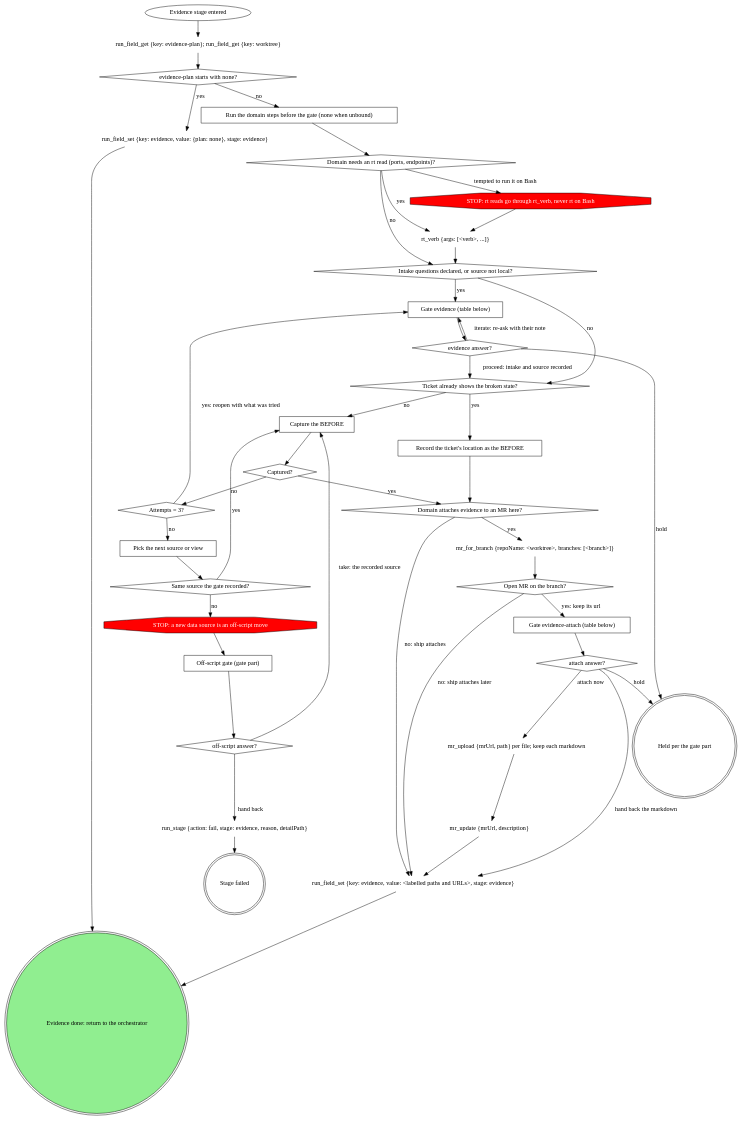
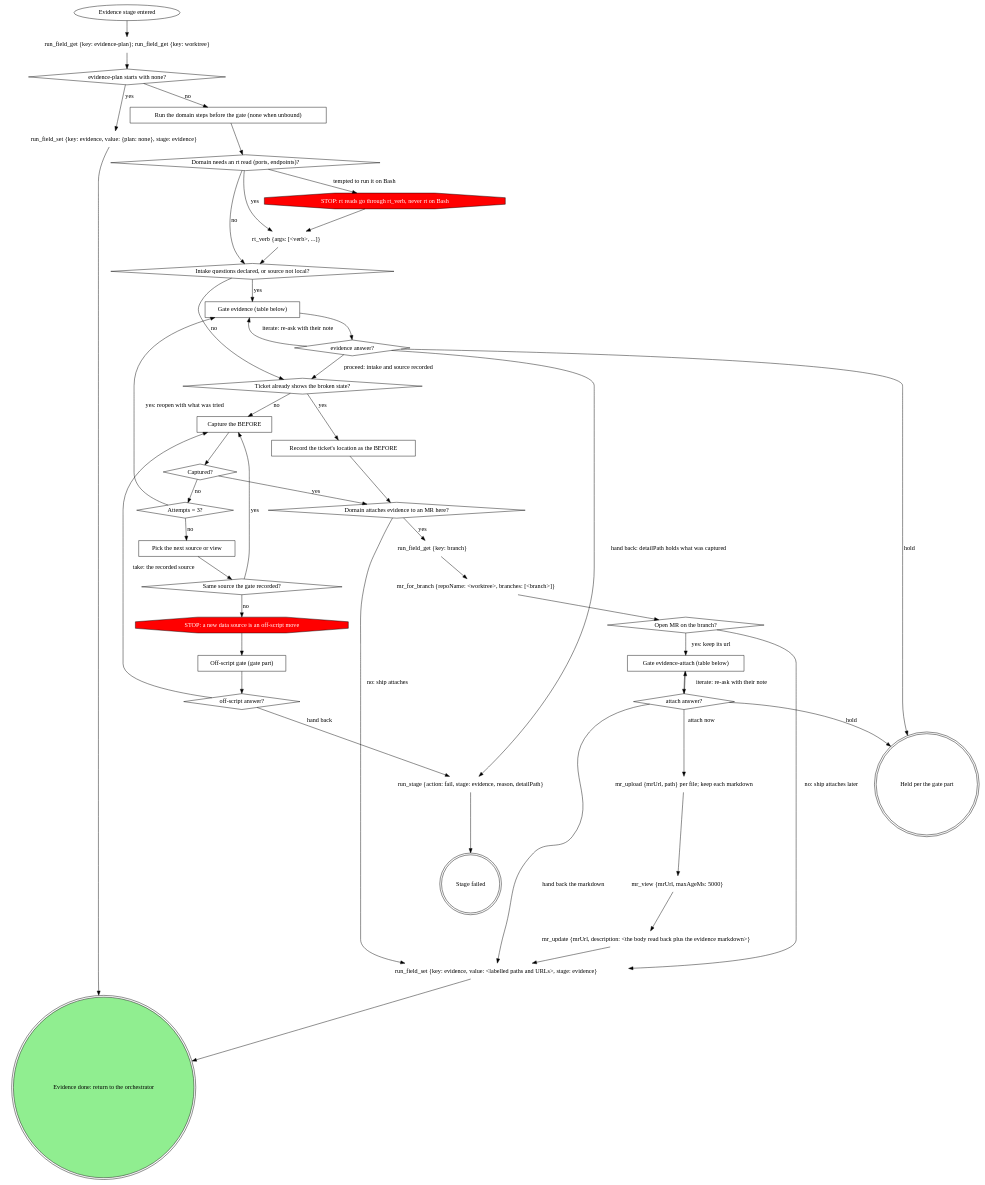
One commit to m4ttstack/skills changed the diagram in attachments/work-next/work-next-evidence/SKILL.md. Above: the diagram before and after it, drawn with Graphviz. The commit also changed other lines of this file, not shown here.

Commit message:
work-next: evidence reads branch and the MR body, and offers Iterate and Hand back

```diff
--- a/attachments/work-next/work-next-evidence/SKILL.md
+++ b/attachments/work-next/work-next-evidence/SKILL.md
@@ -49,12 +49,14 @@
     "Off-script gate (gate part)" [shape=box];
     "off-script answer?" [shape=diamond];
     "Domain attaches evidence to an MR here?" [shape=diamond];
+    "run_field_get {key: branch}" [shape=plaintext];
     "mr_for_branch {repoName: <worktree>, branches: [<branch>]}" [shape=plaintext];
     "Open MR on the branch?" [shape=diamond];
     "Gate evidence-attach (table below)" [shape=box];
     "attach answer?" [shape=diamond];
     "mr_upload {mrUrl, path} per file; keep each markdown" [shape=plaintext];
-    "mr_update {mrUrl, description}" [shape=plaintext];
+    "mr_view {mrUrl, maxAgeMs: 5000}" [shape=plaintext];
+    "mr_update {mrUrl, description: <the body read back plus the evidence markdown>}" [shape=plaintext];
     "run_field_set {key: evidence, value: <labelled paths and URLs>, stage: evidence}" [shape=plaintext];
     "run_stage {action: fail, stage: evidence, reason, detailPath}" [shape=plaintext];
     "Held per the gate part" [shape=doublecircle];
@@ -78,6 +80,7 @@
     "evidence answer?" -> "Ticket already shows the broken state?" [label="proceed: intake and source recorded"];
     "evidence answer?" -> "Gate evidence (table below)" [label="iterate: re-ask with their note"];
     "evidence answer?" -> "Held per the gate part" [label="hold"];
+    "evidence answer?" -> "run_stage {action: fail, stage: evidence, reason, detailPath}" [label="hand back: detailPath holds what was captured"];
     "Ticket already shows the broken state?" -> "Record the ticket's location as the BEFORE" [label="yes"];
     "Ticket already shows the broken state?" -> "Capture the BEFORE" [label="no"];
     "Record the ticket's location as the BEFORE" -> "Domain attaches evidence to an MR here?";
@@ -93,7 +96,8 @@
     "Off-script gate (gate part)" -> "off-script answer?";
     "off-script answer?" -> "Capture the BEFORE" [label="take: the recorded source"];
     "off-script answer?" -> "run_stage {action: fail, stage: evidence, reason, detailPath}" [label="hand back"];
-    "Domain attaches evidence to an MR here?" -> "mr_for_branch {repoName: <worktree>, branches: [<branch>]}" [label="yes"];
+    "Domain attaches evidence to an MR here?" -> "run_field_get {key: branch}" [label="yes"];
+    "run_field_get {key: branch}" -> "mr_for_branch {repoName: <worktree>, branches: [<branch>]}";
     "Domain attaches evidence to an MR here?" -> "run_field_set {key: evidence, value: <labelled paths and URLs>, stage: evidence}" [label="no: ship attaches"];
     "mr_for_branch {repoName: <worktree>, branches: [<branch>]}" -> "Open MR on the branch?";
     "Open MR on the branch?" -> "Gate evidence-attach (table below)" [label="yes: keep its url"];
@@ -102,8 +106,10 @@
     "attach answer?" -> "mr_upload {mrUrl, path} per file; keep each markdown" [label="attach now"];
     "attach answer?" -> "run_field_set {key: evidence, value: <labelled paths and URLs>, stage: evidence}" [label="hand back the markdown"];
     "attach answer?" -> "Held per the gate part" [label="hold"];
-    "mr_upload {mrUrl, path} per file; keep each markdown" -> "mr_update {mrUrl, description}";
-    "mr_update {mrUrl, description}" -> "run_field_set {key: evidence, value: <labelled paths and URLs>, stage: evidence}";
+    "attach answer?" -> "Gate evidence-attach (table below)" [label="iterate: re-ask with their note"];
+    "mr_upload {mrUrl, path} per file; keep each markdown" -> "mr_view {mrUrl, maxAgeMs: 5000}";
+    "mr_view {mrUrl, maxAgeMs: 5000}" -> "mr_update {mrUrl, description: <the body read back plus the evidence markdown>}";
+    "mr_update {mrUrl, description: <the body read back plus the evidence markdown>}" -> "run_field_set {key: evidence, value: <labelled paths and URLs>, stage: evidence}";
     "run_field_set {key: evidence, value: <labelled paths and URLs>, stage: evidence}" -> "Evidence done: return to the orchestrator";
     "run_stage {action: fail, stage: evidence, reason, detailPath}" -> "Stage failed";
 }
```
